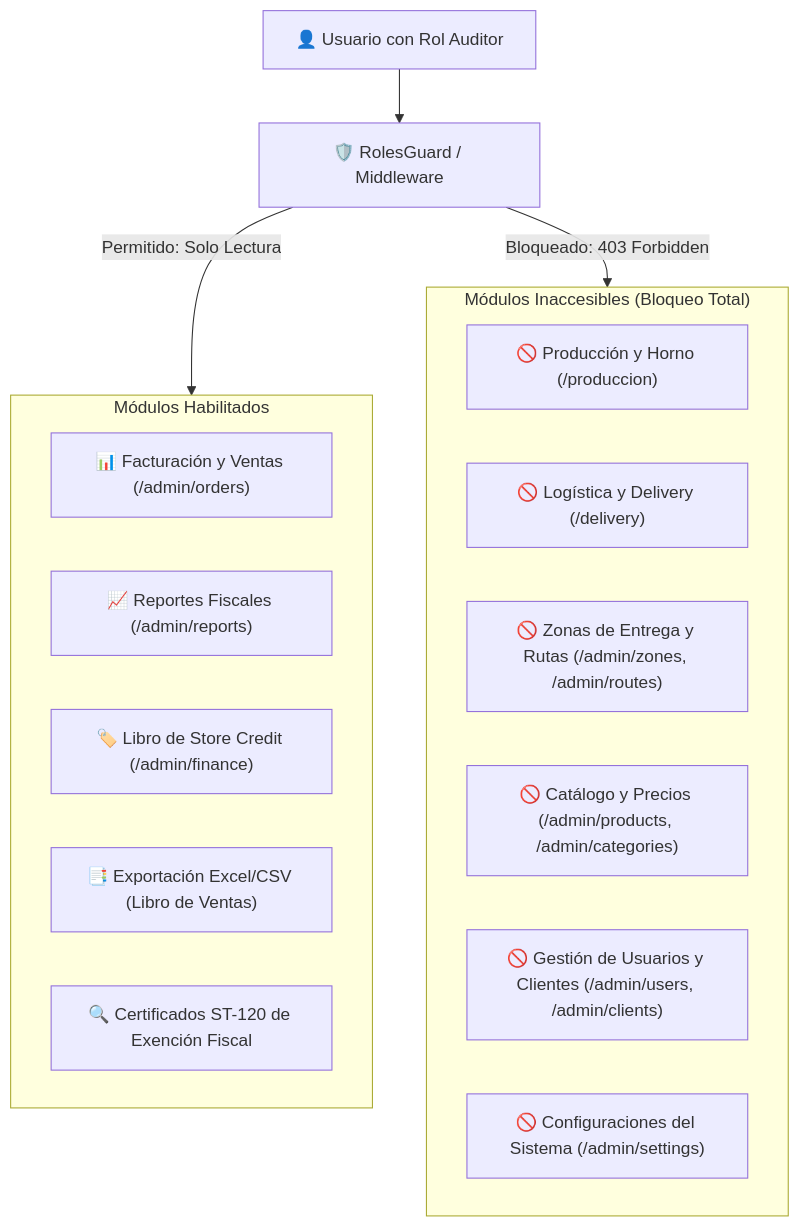
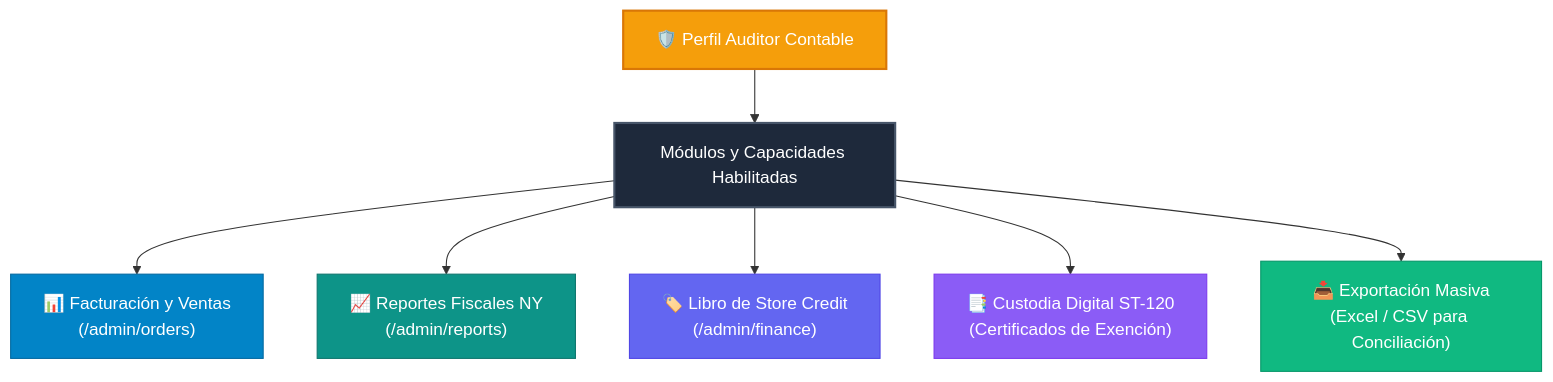
Before and after one commit to Kyotobox/PJ-Air: the diagram in docs/07_guia_rol_auditor_contable.md, drawn with Mermaid. The commit also changed other lines of this file, not shown here.

Commit message:
docs(auditor): reframe guide to emphasize enabled financial capabilities only

````diff
--- a/docs/07_guia_rol_auditor_contable.md
+++ b/docs/07_guia_rol_auditor_contable.md
@@ -25,24 +20,18 @@
 ```mermaid
 flowchart TD
-    AuditorUser["👤 Usuario con Rol Auditor"] --> AuthGuard["🛡️ RolesGuard / Middleware"]
+    Auditor["🛡️ Perfil Auditor Contable"] --> Modulos["Módulos y Capacidades Habilitadas"]
     
-    AuthGuard -->|Permitido: Solo Lectura| AllowedZone["🟢 ZONA FINANCIERA PERMITIDA"]
-    AuthGuard -->|Bloqueado: 403 Forbidden| BlockedZone["🔴 ZONA OPERATIVA PROHIBIDA"]
+    Modulos --> M1["📊 Facturación y Ventas\n(/admin/orders)"]
+    Modulos --> M2["📈 Reportes Fiscales NY\n(/admin/reports)"]
+    Modulos --> M3["🏷️ Libro de Store Credit\n(/admin/finance)"]
+    Modulos --> M4["📑 Custodia Digital ST-120\n(Certificados de Exención)"]
+    Modulos --> M5["📥 Exportación Masiva\n(Excel / CSV para Conciliación)"]
 
-    subgraph AllowedZone["Módulos Habilitados"]
-        A1["📊 Facturación y Ventas (/admin/orders)"]
-        A2["📈 Reportes Fiscales (/admin/reports)"]
-        A3["🏷️ Libro de Store Credit (/admin/finance)"]
-        A4["📑 Exportación Excel/CSV (Libro de Ventas)"]
-        A5["🔍 Certificados ST-120 de Exención Fiscal"]
-    end
-
-    subgraph BlockedZone["Módulos Inaccesibles (Bloqueo Total)"]
-        B1["🚫 Producción y Horno (/produccion)"]
-        B2["🚫 Logística y Delivery (/delivery)"]
-        B3["🚫 Zonas de Entrega y Rutas (/admin/zones, /admin/routes)"]
-        B4["🚫 Catálogo y Precios (/admin/products, /admin/categories)"]
-        B5["🚫 Gestión de Usuarios y Clientes (/admin/users, /admin/clients)"]
-        B6["🚫 Configuraciones del Sistema (/admin/settings)"]
-    end
+    style Auditor fill:#f59e0b,stroke:#d97706,stroke-width:2px,color:#ffffff
+    style Modulos fill:#1e293b,stroke:#475569,stroke-width:2px,color:#ffffff
+    style M1 fill:#0284c7,stroke:#0369a1,color:#ffffff
+    style M2 fill:#0d9488,stroke:#0f766e,color:#ffffff
+    style M3 fill:#6366f1,stroke:#4f46e5,color:#ffffff
+    style M4 fill:#8b5cf6,stroke:#7c3aed,color:#ffffff
+    style M5 fill:#10b981,stroke:#059669,color:#ffffff
 ```
````
